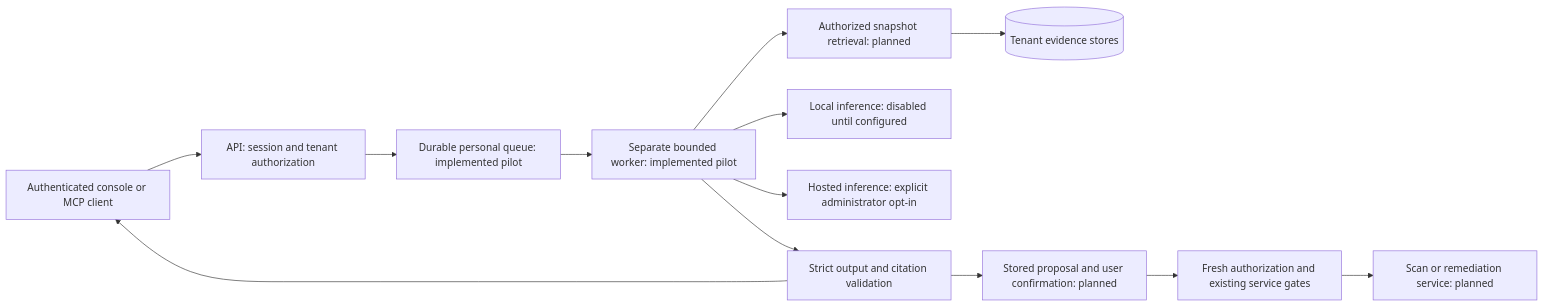
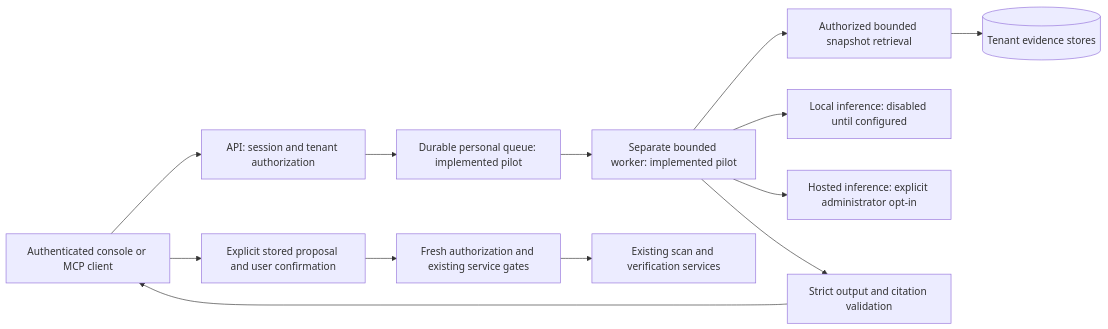
The diagram in docs/local-operator.md (onixus/Shapoclyack), drawn with Mermaid before and after one commit. The commit also changed other lines of this file and 51 other files, not shown here.

````diff
--- a/docs/local-operator.md
+++ b/docs/local-operator.md
@@ -39,15 +41,15 @@
 ```mermaid
 flowchart LR
     U[Authenticated console or MCP client] --> A[API: session and tenant authorization]
     A --> Q[Durable personal queue: implemented pilot]
     Q --> W[Separate bounded worker: implemented pilot]
-    W --> R[Authorized snapshot retrieval: planned]
+    W --> R[Authorized bounded snapshot retrieval]
     R --> D[(Tenant evidence stores)]
     W --> L[Local inference: disabled until configured]
     W --> H[Hosted inference: explicit administrator opt-in]
     W --> V[Strict output and citation validation]
-    V --> P[Stored proposal and user confirmation: planned]
+    U --> P[Explicit stored proposal and user confirmation]
     P --> G[Fresh authorization and existing service gates]
-    G --> S[Scan or remediation service: planned]
+    G --> S[Existing scan and verification services]
     V --> U
 ```
````
